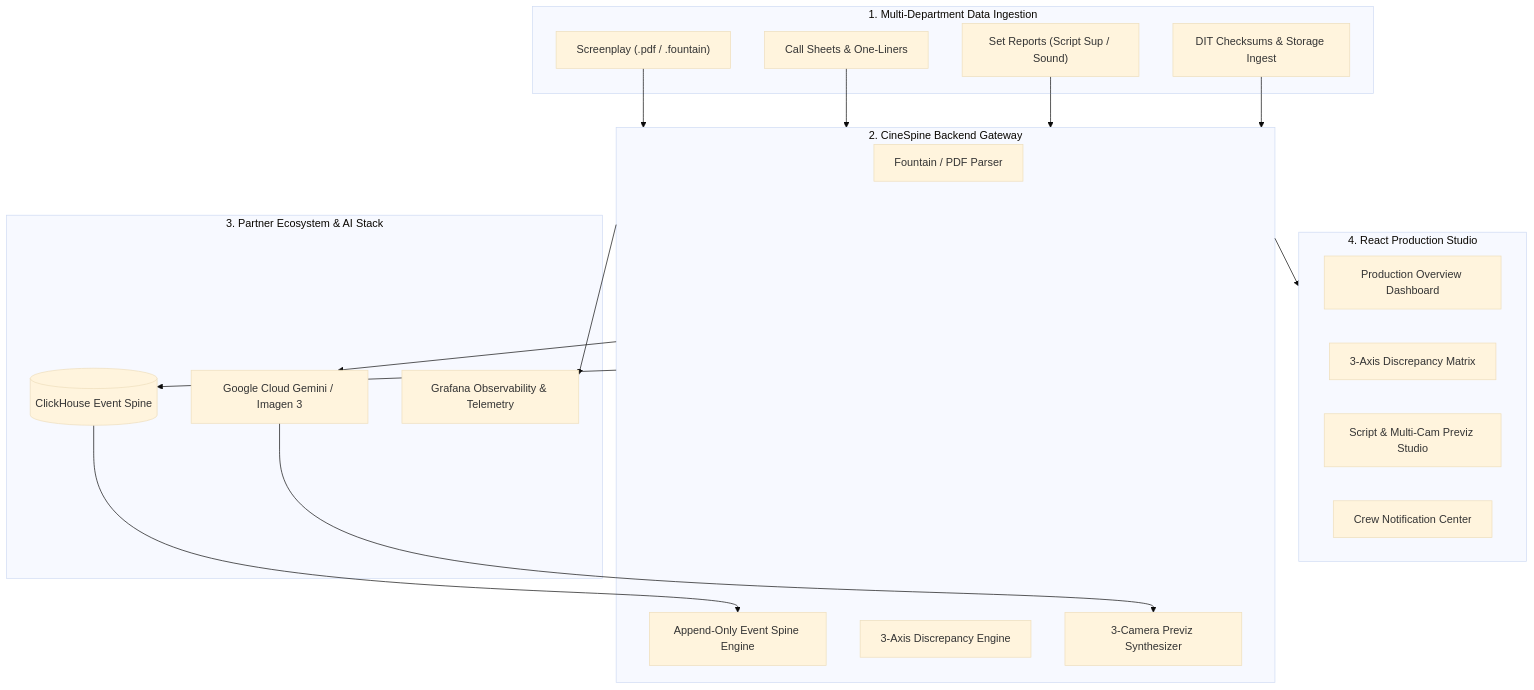
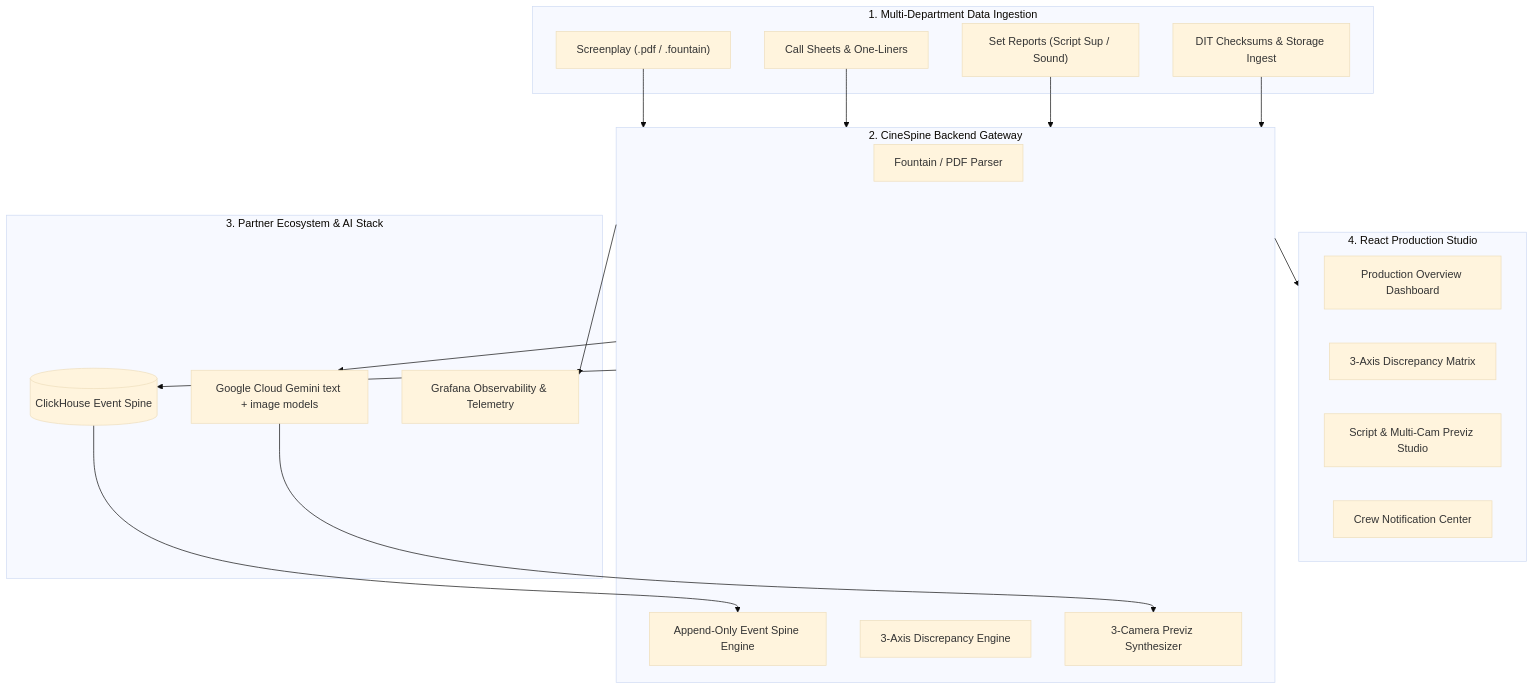
Before and after one commit to ftenaf/cinespine: the diagram in docs/DEVPOST_SUBMISSION.md, drawn with Mermaid (base theme). The commit also changed other lines of this file and 6 other files, not shown here.

First line of the commit message:
docs: Imagen 3 is gone; say Gemini image models everywhere

````diff
--- a/docs/DEVPOST_SUBMISSION.md
+++ b/docs/DEVPOST_SUBMISSION.md
@@ -70,35 +70,35 @@
 ```mermaid
 flowchart TB
     subgraph Ingestion["1. Multi-Department Data Ingestion"]
         S1["Screenplay (.pdf / .fountain)"]
         S2["Call Sheets & One-Liners"]
         S3["Set Reports (Script Sup / Sound)"]
         S4["DIT Checksums & Storage Ingest"]
     end
 
     subgraph CoreEngine["2. CineSpine Backend Gateway"]
         P1["Fountain / PDF Parser"]
         B1["3-Camera Previz Synthesizer"]
         R1["3-Axis Discrepancy Engine"]
         E1["Append-Only Event Spine Engine"]
     end
 
     subgraph PartnerStack["3. Partner Ecosystem & AI Stack"]
         CH[("ClickHouse Event Spine")]
-        GEM["Google Cloud Gemini / Imagen 3"]
+        GEM["Google Cloud Gemini text + image models"]
         GF["Grafana Observability & Telemetry"]
     end
 
     subgraph FrontendStudio["4. React Production Studio"]
         UI1["Production Overview Dashboard"]
         UI2["3-Axis Discrepancy Matrix"]
         UI3["Script & Multi-Cam Previz Studio"]
         UI4["Crew Notification Center"]
     end
 
     S1 & S2 & S3 & S4 --> CoreEngine
     CoreEngine --> CH & GEM & GF
     GEM --> B1
     CH --> E1
     CoreEngine --> FrontendStudio
 ```
````
